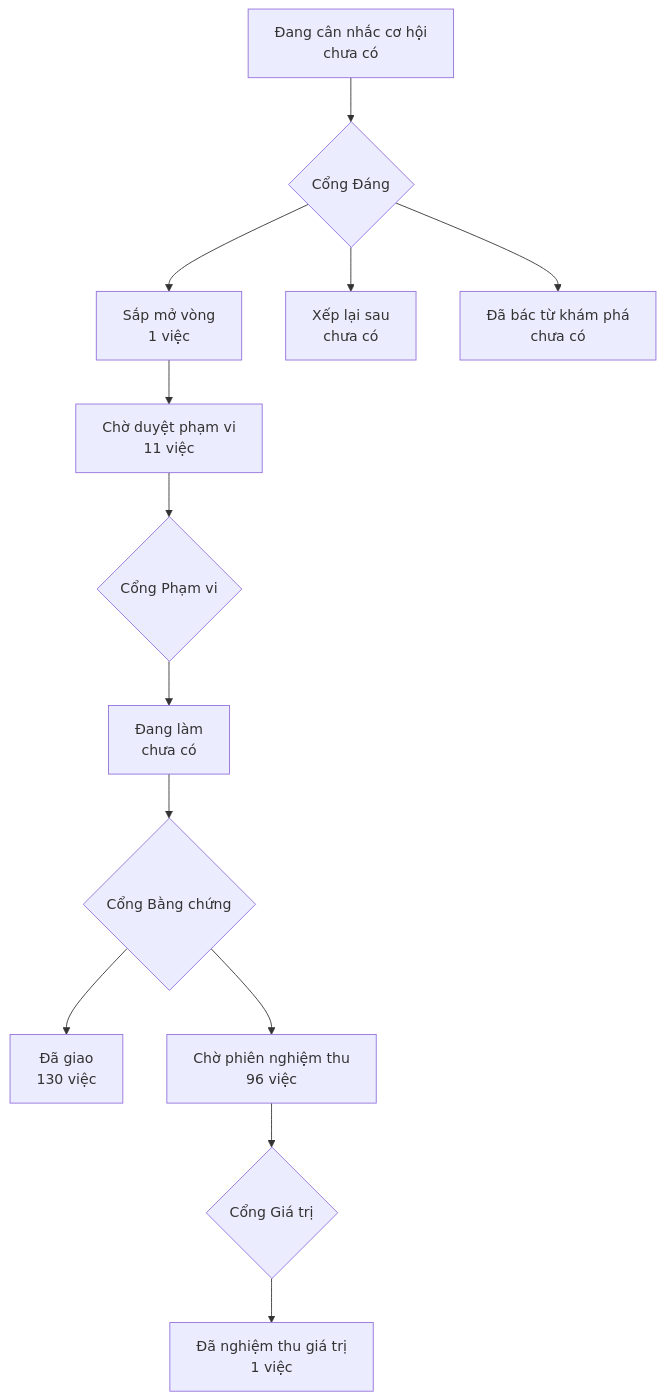
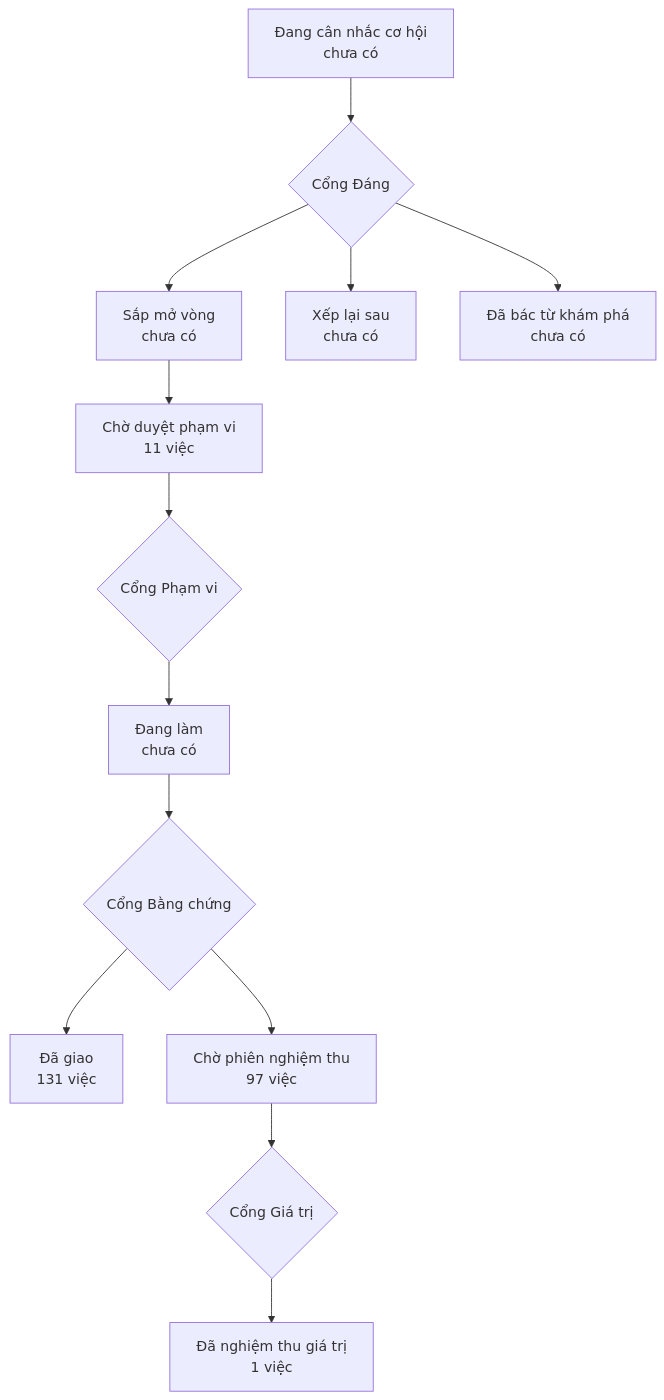
Before and after one commit to phanlemanh/onehub-invest: the diagram in PRODUCT-MAP.md, drawn with Mermaid. The commit also changed other lines of this file and 1 other file, not shown here.

Commit message:
chore(s06-vung-moi-harness-gan-sdt): sinh lại bản đồ sau khi gộp main

````diff
--- a/PRODUCT-MAP.md
+++ b/PRODUCT-MAP.md
@@ -7,12 +7,12 @@
 ```mermaid
 flowchart TD
   A["Đang cân nhắc cơ hội<br/>chưa có"] --> GD{"Cổng Đáng"}
-  GD --> B["Sắp mở vòng<br/>1 việc"]
+  GD --> B["Sắp mở vòng<br/>chưa có"]
   GD --> XL["Xếp lại sau<br/>chưa có"]
   GD --> DB["Đã bác từ khám phá<br/>chưa có"]
   B --> CD["Chờ duyệt phạm vi<br/>11 việc"] --> GP{"Cổng Phạm vi"}
   GP --> DL["Đang làm<br/>chưa có"] --> GB{"Cổng Bằng chứng"}
-  GB --> DG["Đã giao<br/>130 việc"]
-  GB --> CN["Chờ phiên nghiệm thu<br/>96 việc"] --> GG{"Cổng Giá trị"}
+  GB --> DG["Đã giao<br/>131 việc"]
+  GB --> CN["Chờ phiên nghiệm thu<br/>97 việc"] --> GG{"Cổng Giá trị"}
   GG --> NT["Đã nghiệm thu giá trị<br/>1 việc"]
 ```
````
